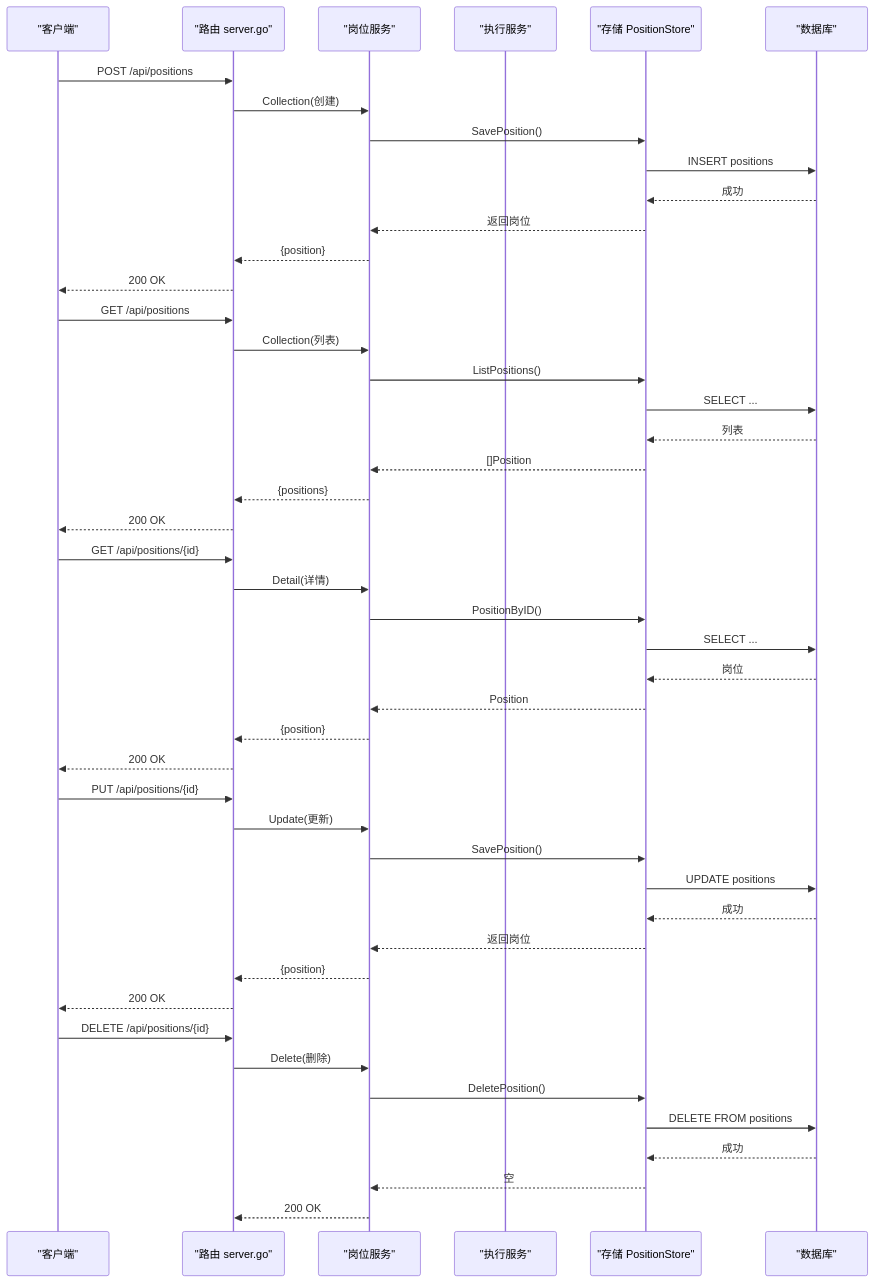
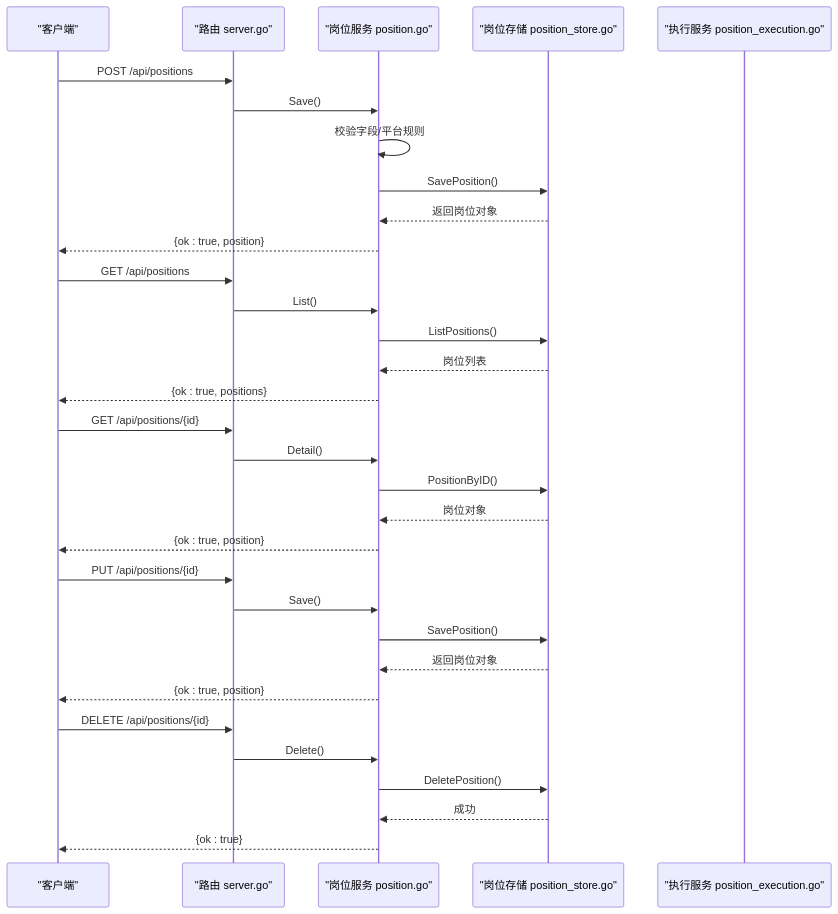
Before and after one commit to alvinwangzi/goodhr: the second of 4 diagrams in .qoder/repowiki/zh/content/API接口文档/云端REST API/岗位管理API/岗位配置管理接口.md, drawn with Mermaid. The commit also changed other lines of this file and 149 other files, not shown here.

````diff
--- a/.qoder/repowiki/zh/content/API接口文档/云端REST API/岗位管理API/岗位配置管理接口.md
+++ b/.qoder/repowiki/zh/content/API接口文档/云端REST API/岗位管理API/岗位配置管理接口.md
@@ -64,48 +74,34 @@
 ```mermaid
 sequenceDiagram
 participant C as "客户端"
 participant R as "路由 server.go"
-participant P as "岗位服务"
-participant E as "执行服务"
-participant S as "存储 PositionStore"
-participant DB as "数据库"
+participant P as "岗位服务 position.go"
+participant S as "岗位存储 position_store.go"
+participant E as "执行服务 position_execution.go"
 C->>R : POST /api/positions
-R->>P : Collection(创建)
+R->>P : Save()
+P->>P : 校验字段/平台规则
 P->>S : SavePosition()
-S->>DB : INSERT positions
-DB-->>S : 成功
-S-->>P : 返回岗位
-P-->>R : {position}
-R-->>C : 200 OK
+S-->>P : 返回岗位对象
+P-->>C : {ok : true, position}
 C->>R : GET /api/positions
-R->>P : Collection(列表)
+R->>P : List()
 P->>S : ListPositions()
-S->>DB : SELECT ...
-DB-->>S : 列表
-S-->>P : []Position
-P-->>R : {positions}
-R-->>C : 200 OK
+S-->>P : 岗位列表
+P-->>C : {ok : true, positions}
 C->>R : GET /api/positions/{id}
-R->>P : Detail(详情)
+R->>P : Detail()
 P->>S : PositionByID()
-S->>DB : SELECT ...
-DB-->>S : 岗位
-S-->>P : Position
-P-->>R : {position}
-R-->>C : 200 OK
+S-->>P : 岗位对象
+P-->>C : {ok : true, position}
 C->>R : PUT /api/positions/{id}
-R->>P : Update(更新)
+R->>P : Save()
 P->>S : SavePosition()
-S->>DB : UPDATE positions
-DB-->>S : 成功
-S-->>P : 返回岗位
-P-->>R : {position}
-R-->>C : 200 OK
+S-->>P : 返回岗位对象
+P-->>C : {ok : true, position}
 C->>R : DELETE /api/positions/{id}
-R->>P : Delete(删除)
+R->>P : Delete()
 P->>S : DeletePosition()
-S->>DB : DELETE FROM positions
-DB-->>S : 成功
-S-->>P : 空
-P-->>R : 200 OK
+S-->>P : 成功
+P-->>C : {ok : true}
 ```
````
